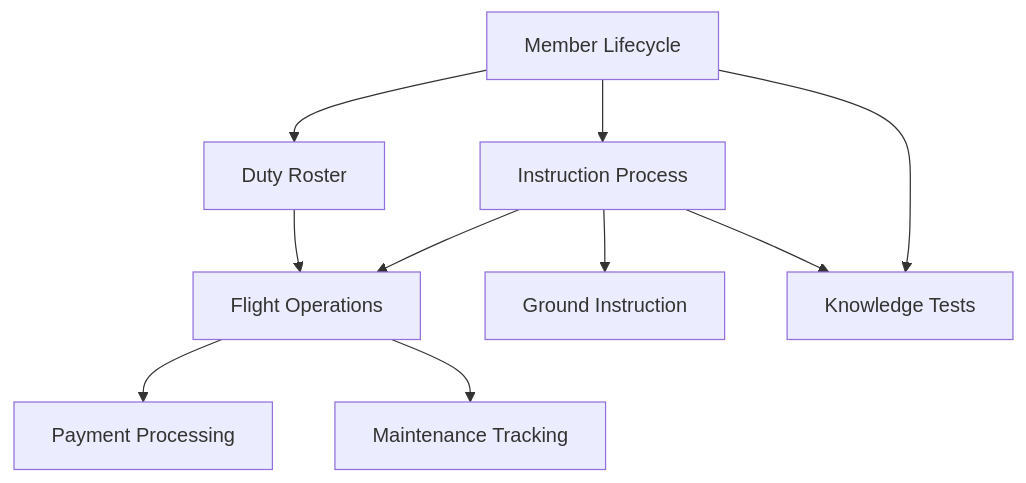
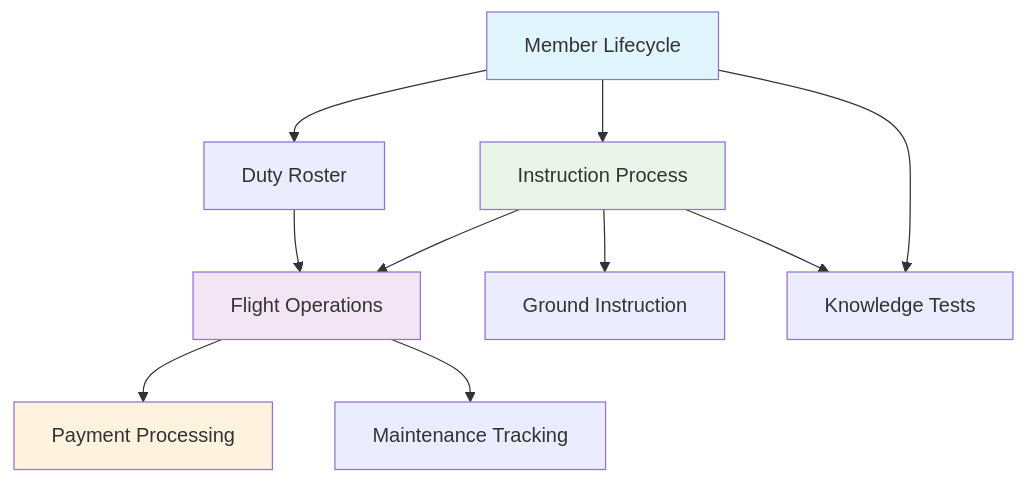
Before and after one commit to pietbarber/Manage2Soar: the diagram in docs/workflows/README.md, drawn with Mermaid. The commit also changed other lines of this file, not shown here.

Commit message:
feat: enhance workflow documentation with improved navigation and detailed descriptions for each process

````diff
--- a/docs/workflows/README.md
+++ b/docs/workflows/README.md
@@ -43,21 +43,17 @@
 ```mermaid
 graph TB
     Member[Member Lifecycle] --> Duty[Duty Roster]
     Member --> Instruction[Instruction Process]
     Duty --> Logsheet[Flight Operations]
     Instruction --> Logsheet
     Logsheet --> Payment[Payment Processing]
     Logsheet --> Maintenance[Maintenance Tracking]
     Instruction --> Ground[Ground Instruction]
     Instruction --> Knowledge[Knowledge Tests]
     Member --> Knowledge
     
-    click Member "./02-member-lifecycle.md" "Member Lifecycle Documentation"
-    click Duty "./05-duty-roster-workflow.md" "Duty Roster Workflow Documentation"
-    click Instruction "./03-instruction-workflow.md" "Instruction Workflow Documentation"
-    click Logsheet "./04-logsheet-workflow.md" "Flight Operations Documentation"
-    click Payment "./07-payment-workflow.md" "Payment Processing Documentation"
-    click Maintenance "./06-maintenance-workflow.md" "Maintenance Workflow Documentation"
-    click Ground "./08-ground-instruction.md" "Ground Instruction Documentation"
-    click Knowledge "./09-knowledge-test-lifecycle.md" "Knowledge Test Documentation"
+    style Member fill:#e1f5fe
+    style Logsheet fill:#f3e5f5
+    style Instruction fill:#e8f5e8
+    style Payment fill:#fff3e0
 ```
````
